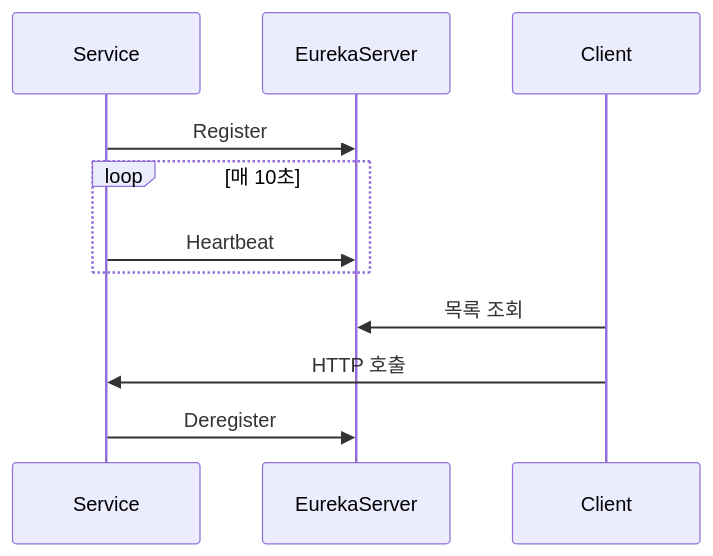
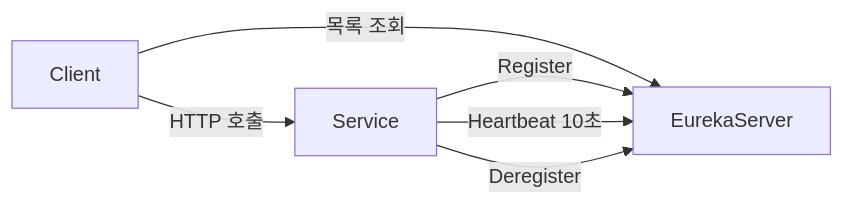
Before and after one commit to yjkim2015/yjkim2015.github.io: the first of 4 diagrams in _posts/spring/2026-05-01-spring-eureka.md, drawn with Mermaid. The commit also changed 163 other files, not shown here.

First line of the commit message:
Mermaid 300개 블록 내용 축소: 5노드 5엣지 이하, 의미 있는 약어

````diff
--- a/_posts/spring/2026-05-01-spring-eureka.md
+++ b/_posts/spring/2026-05-01-spring-eureka.md
@@ -28,13 +28,8 @@
 ```mermaid
-sequenceDiagram
-    participant S as Service
-    participant E as EurekaServer
-    participant C as Client
-    S->>E: Register
-    loop 매 10초
-        S->>E: Heartbeat
-    end
-    C->>E: 목록 조회
-    C->>S: HTTP 호출
-    S->>E: Deregister
+graph LR
+    S["Service"] -->|Register| E["EurekaServer"]
+    S -->|Heartbeat 10초| E
+    C["Client"] -->|목록 조회| E
+    C -->|HTTP 호출| S
+    S -->|Deregister| E
 ```
````
